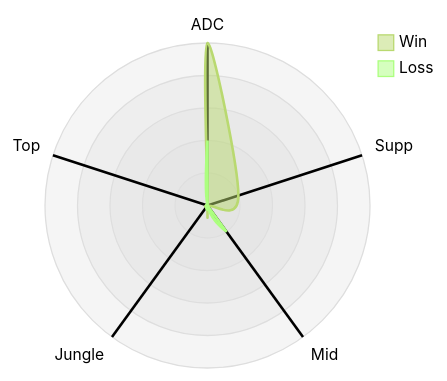
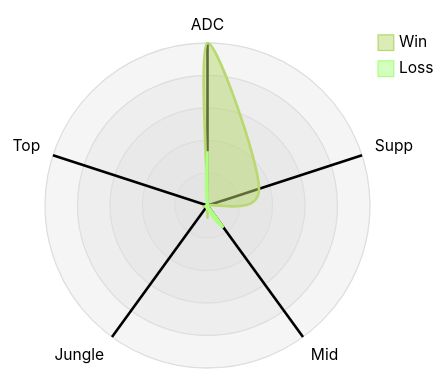
One commit to flowinho/zensical-website changed the fourth of 5 diagrams in docs/gaming/wild-rift.md. Above: the diagram before and after it, drawn with Mermaid (forest theme). The commit also changed other lines of this file, not shown here.

````diff
--- a/docs/gaming/wild-rift.md
+++ b/docs/gaming/wild-rift.md
@@ -101,15 +101,15 @@
 ```mermaid
 ---
 config:
   radar:
     width: 250
     height: 250
 ---
 radar-beta
   axis a["ADC"], s["Supp"], m["Mid"], j["Jungle"], t["Top"]
-  curve w["Win"]{6, 1, 0, 0, 0}
+  curve w["Win"]{6, 2, 0, 0, 0}
   curve l["Loss"]{2, 0, 1, 0, 0}
 
-  max 5
+  max 6
   min 0
 ```
````
